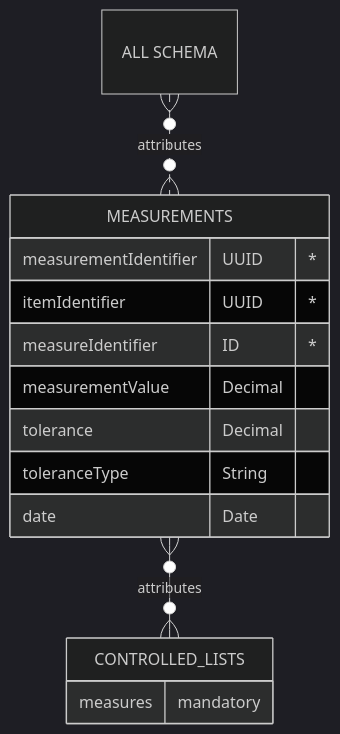
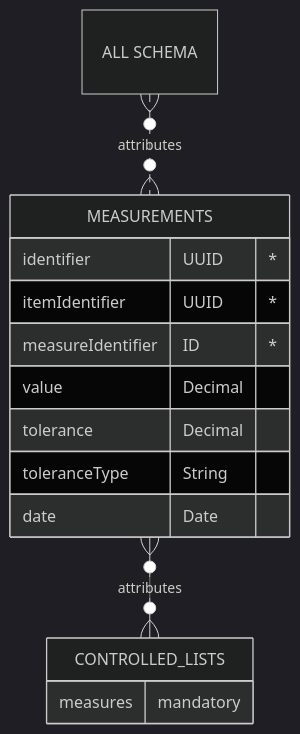
Before and after one commit to OpenDataManchester/OSTFD: the diagram in docs/relationship-lists/measurements.md, drawn with Mermaid (dark theme). The commit also changed other lines of this file and 46 other files, not shown here.

````diff
--- a/docs/relationship-lists/measurements.md
+++ b/docs/relationship-lists/measurements.md
@@ -24,18 +24,18 @@
 ``` mermaid
 erDiagram
   as["ALL SCHEMA"]
   as }o..o{ MEASUREMENTS : attributes
   MEASUREMENTS {
-    measurementIdentifier UUID "*"
+    identifier UUID "*"
     itemIdentifier UUID "*"
     measureIdentifier ID "*"
-    measurementValue Decimal
+    value Decimal
     tolerance Decimal
     toleranceType String
     date Date
   }
   MEASUREMENTS }o--o{ CONTROLLED_LISTS : attributes
   CONTROLLED_LISTS {
     measures mandatory
   }
 ```
````
